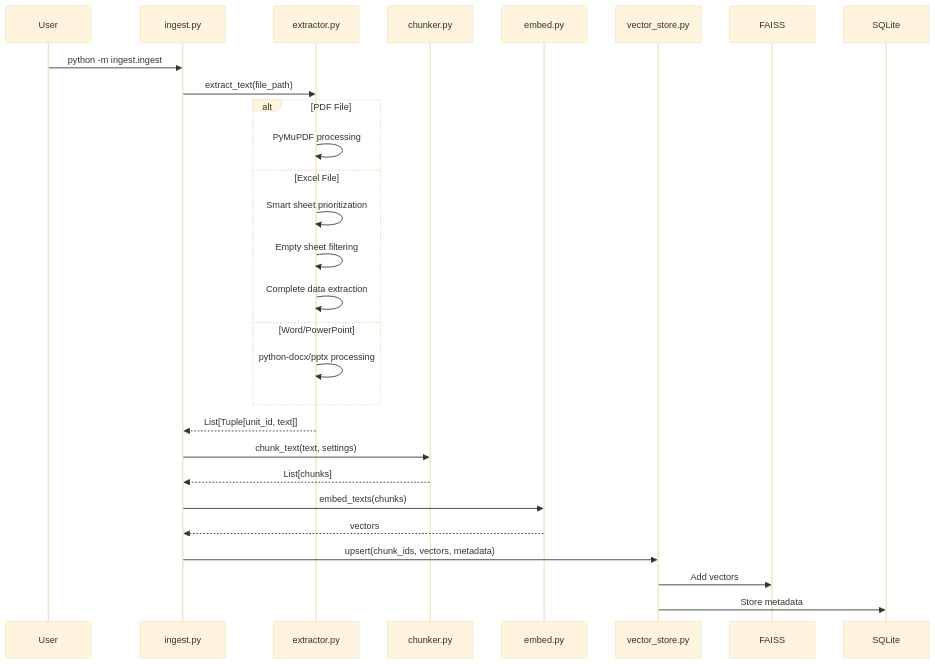
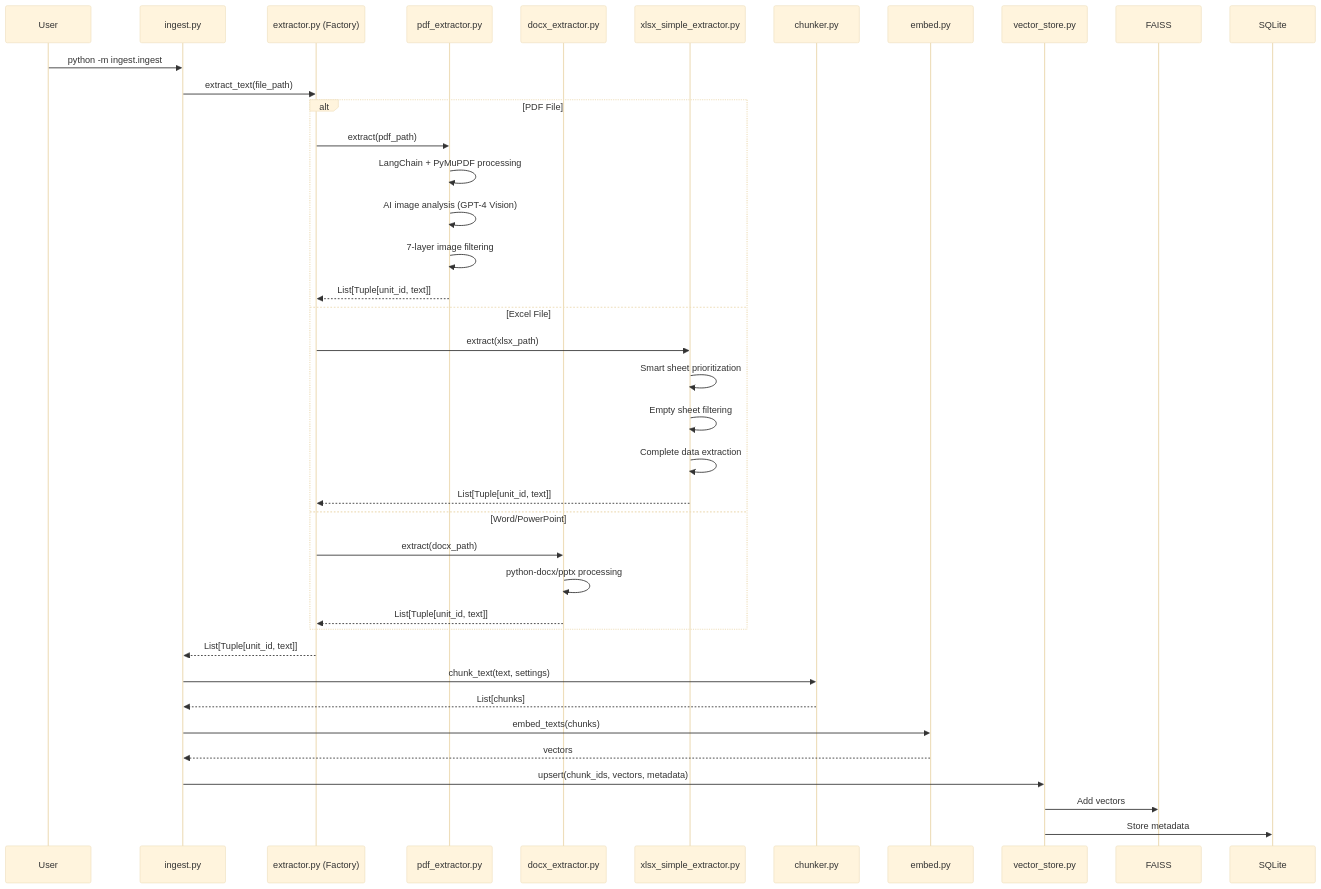
Before and after one commit to AbhiramDwivedi/docrag: the second of 4 diagrams in docs/ARCHITECTURE.md, drawn with Mermaid (base theme). The commit also changed other lines of this file and 12 other files, not shown here.

First line of the commit message:
refactor: implement modular extractor architecture

````diff
--- a/docs/ARCHITECTURE.md
+++ b/docs/ARCHITECTURE.md
@@ -97,33 +119,44 @@
 ```mermaid
 sequenceDiagram
     participant User
     participant Ingest as ingest.py
-    participant Extractor as extractor.py
+    participant Factory as extractor.py (Factory)
+    participant PDFExt as pdf_extractor.py
+    participant DOCXExt as docx_extractor.py
+    participant XLSXExt as xlsx_simple_extractor.py
     participant Chunker as chunker.py
     participant Embedder as embed.py
     participant VectorStore as vector_store.py
     participant FAISS
     participant SQLite
 
     User->>Ingest: python -m ingest.ingest
-    Ingest->>Extractor: extract_text(file_path)
+    Ingest->>Factory: extract_text(file_path)
     
     alt PDF File
-        Extractor->>Extractor: PyMuPDF processing
+        Factory->>PDFExt: extract(pdf_path)
+        PDFExt->>PDFExt: LangChain + PyMuPDF processing
+        PDFExt->>PDFExt: AI image analysis (GPT-4 Vision)
+        PDFExt->>PDFExt: 7-layer image filtering
+        PDFExt-->>Factory: List[Tuple[unit_id, text]]
     else Excel File
-        Extractor->>Extractor: Smart sheet prioritization
-        Extractor->>Extractor: Empty sheet filtering
-        Extractor->>Extractor: Complete data extraction
+        Factory->>XLSXExt: extract(xlsx_path)
+        XLSXExt->>XLSXExt: Smart sheet prioritization
+        XLSXExt->>XLSXExt: Empty sheet filtering
+        XLSXExt->>XLSXExt: Complete data extraction
+        XLSXExt-->>Factory: List[Tuple[unit_id, text]]
     else Word/PowerPoint
-        Extractor->>Extractor: python-docx/pptx processing
+        Factory->>DOCXExt: extract(docx_path)
+        DOCXExt->>DOCXExt: python-docx/pptx processing
+        DOCXExt-->>Factory: List[Tuple[unit_id, text]]
     end
     
-    Extractor-->>Ingest: List[Tuple[unit_id, text]]
+    Factory-->>Ingest: List[Tuple[unit_id, text]]
     Ingest->>Chunker: chunk_text(text, settings)
     Chunker-->>Ingest: List[chunks]
     Ingest->>Embedder: embed_texts(chunks)
     Embedder-->>Ingest: vectors
     Ingest->>VectorStore: upsert(chunk_ids, vectors, metadata)
     VectorStore->>FAISS: Add vectors
     VectorStore->>SQLite: Store metadata
 ```
````
